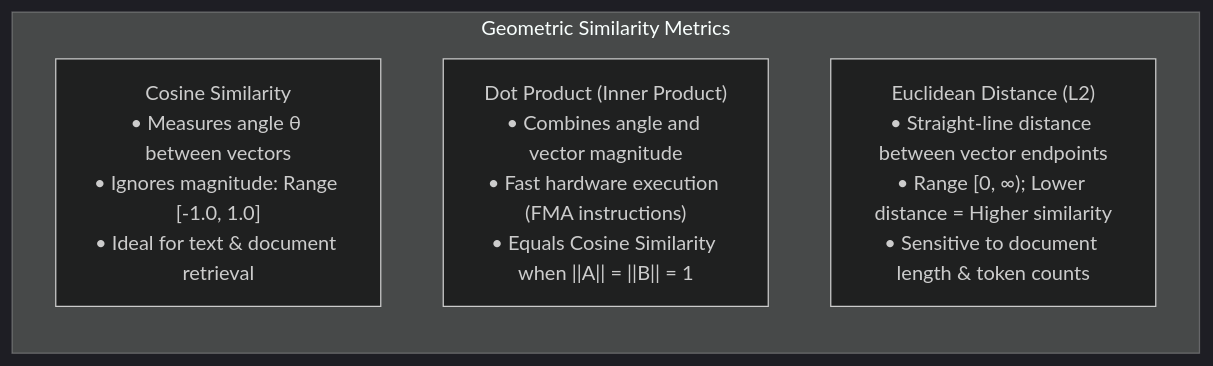
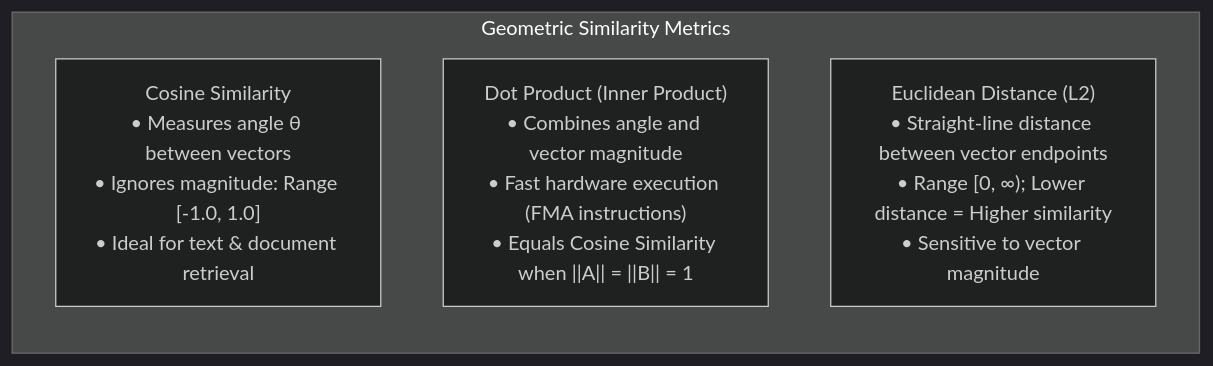
The second of 6 diagrams in content/aiml/01-embeddings-vector-db.md (Prem-Duvvapu/cs-fundamentals-with-ui), drawn with Mermaid (dark theme) before and after one commit. The commit also changed other lines of this file and 51 other files, not shown here.

````diff
--- a/content/aiml/01-embeddings-vector-db.md
+++ b/content/aiml/01-embeddings-vector-db.md
@@ -89,9 +89,9 @@
 ```mermaid
 flowchart TD
     subgraph Metrics["Geometric Similarity Metrics"]
         direction TB
         Cos["Cosine Similarity<br/>• Measures angle θ between vectors<br/>• Ignores magnitude: Range [-1.0, 1.0]<br/>• Ideal for text & document retrieval"]
         Dot["Dot Product (Inner Product)<br/>• Combines angle and vector magnitude<br/>• Fast hardware execution (FMA instructions)<br/>• Equals Cosine Similarity when ||A|| = ||B|| = 1"]
-        Euc["Euclidean Distance (L2)<br/>• Straight-line distance between vector endpoints<br/>• Range [0, ∞); Lower distance = Higher similarity<br/>• Sensitive to document length & token counts"]
+        Euc["Euclidean Distance (L2)<br/>• Straight-line distance between vector endpoints<br/>• Range [0, ∞); Lower distance = Higher similarity<br/>• Sensitive to vector magnitude"]
     end
 ```
````
